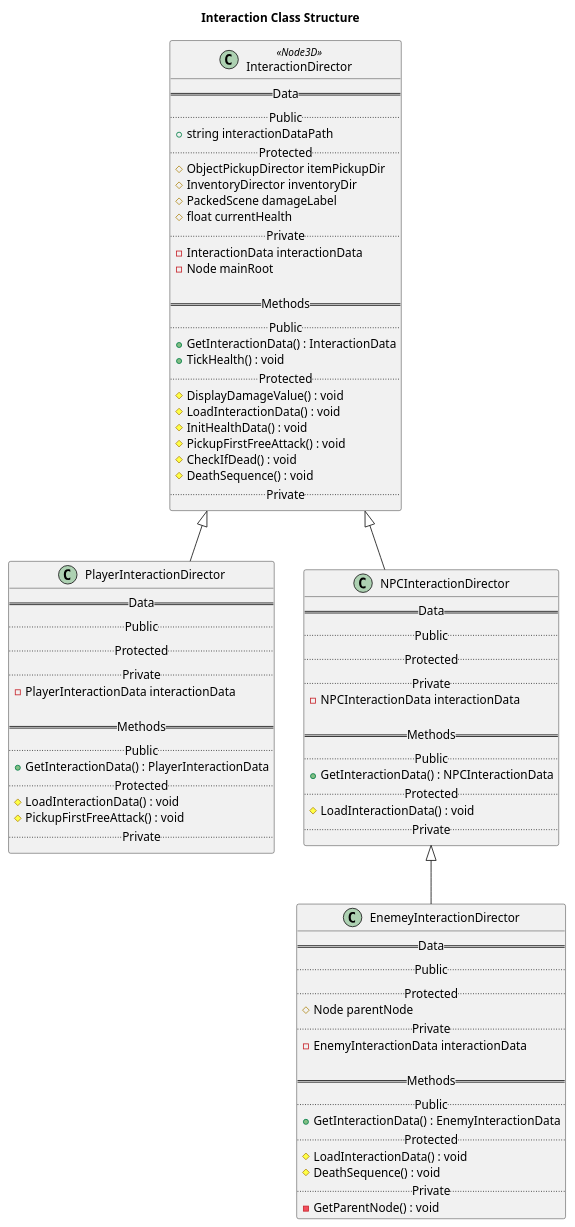
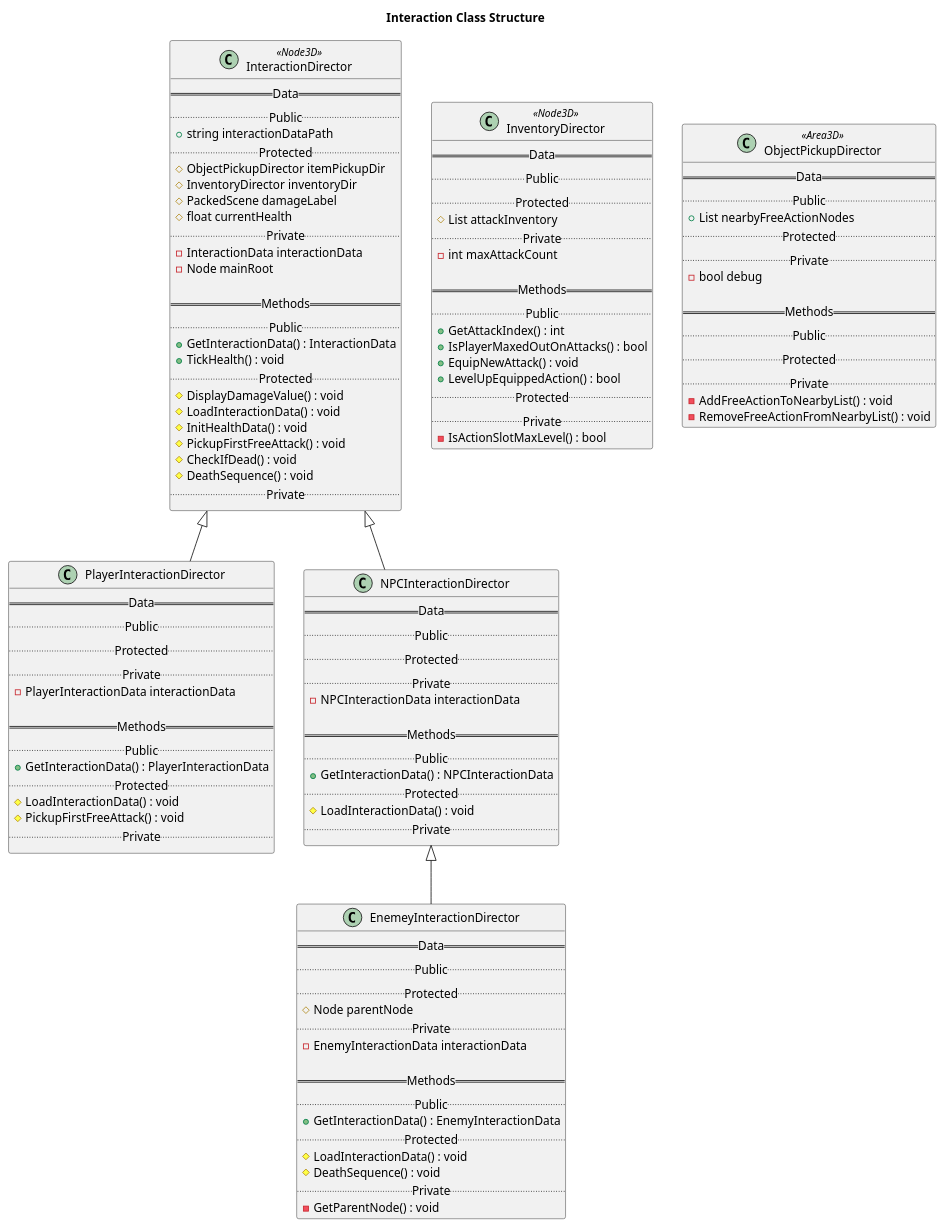
The diagram in UML-Diagrams/src/Interaction_Class_Struct.puml (kjtkanaly/Roguelike-Shoot-Em-Up), drawn with PlantUML before and after one commit. The commit also changed 3 other files, not shown here.

Commit message:
Added the inventory director and object pickup direcotr classes to the interaction class struct

```diff
--- a/UML-Diagrams/src/Interaction_Class_Struct.puml
+++ b/UML-Diagrams/src/Interaction_Class_Struct.puml
@@ -1,85 +1,120 @@
 @startuml Interaction Class Structure
 
 title Interaction Class Structure
 
 class InteractionDirector <<Node3D>>{
     == Data ==
     .. Public ..
     + string interactionDataPath
     .. Protected ..
     # ObjectPickupDirector itemPickupDir
 	# InventoryDirector inventoryDir
 	# PackedScene damageLabel
 	# float currentHealth
     .. Private ..
     - InteractionData interactionData
     - Node mainRoot
 
     == Methods ==
     .. Public ..
     + GetInteractionData() : InteractionData
     + TickHealth() : void
     .. Protected ..
     # DisplayDamageValue() : void
     # LoadInteractionData() : void
     # InitHealthData() : void
     # PickupFirstFreeAttack() : void
     # CheckIfDead() : void
     # DeathSequence() : void
     .. Private ..
 }
 
 class PlayerInteractionDirector {
     == Data ==
     .. Public ..
     .. Protected ..
     .. Private ..
     - PlayerInteractionData interactionData
 
     == Methods ==
     .. Public ..
     + GetInteractionData() : PlayerInteractionData
     .. Protected ..
     # LoadInteractionData() : void
     # PickupFirstFreeAttack() : void
     .. Private ..
 }
 
 class NPCInteractionDirector {
     == Data ==
     .. Public ..
     .. Protected ..
     .. Private ..
     - NPCInteractionData interactionData
 
     == Methods ==
     .. Public ..
     + GetInteractionData() : NPCInteractionData
     .. Protected ..
     # LoadInteractionData() : void
     .. Private ..
 }
 
 class EnemeyInteractionDirector {
     == Data ==
     .. Public ..
     .. Protected ..
     # Node parentNode
     .. Private ..
     - EnemyInteractionData interactionData
 
     == Methods ==
     .. Public ..
     + GetInteractionData() : EnemyInteractionData
     .. Protected ..
     # LoadInteractionData() : void
     # DeathSequence() : void
     .. Private ..
     - GetParentNode() : void
 }
 
+class InventoryDirector <<Node3D>> {
+    == Data ==
+    .. Public ..
+    .. Protected ..
+    # List attackInventory
+    .. Private ..
+    - int maxAttackCount
+
+    == Methods ==
+    .. Public ..
+    + GetAttackIndex() : int
+    + IsPlayerMaxedOutOnAttacks() : bool
+    + EquipNewAttack() : void
+    + LevelUpEquippedAction() : bool
+    .. Protected ..
+    .. Private ..
+    - IsActionSlotMaxLevel() : bool
+}
+
+class ObjectPickupDirector <<Area3D>> {
+    == Data ==
+    .. Public ..
+    + List nearbyFreeActionNodes
+    .. Protected ..
+    .. Private ..
+    - bool debug
+
+    == Methods ==
+    .. Public ..
+    .. Protected ..
+    .. Private ..
+    - AddFreeActionToNearbyList() : void
+    - RemoveFreeActionFromNearbyList() : void
+}
+
 InteractionDirector <|-- PlayerInteractionDirector
 InteractionDirector <|-- NPCInteractionDirector
 NPCInteractionDirector <|-- EnemeyInteractionDirector
 
 @enduml
```
